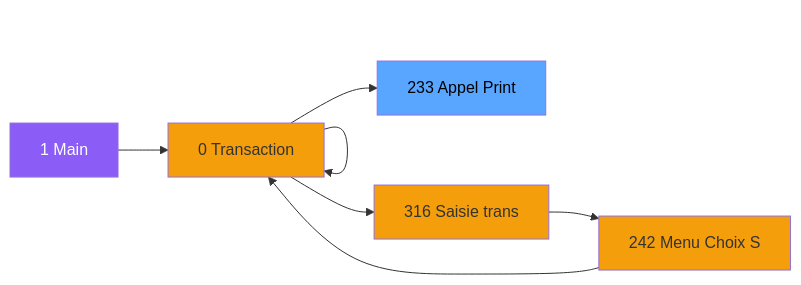
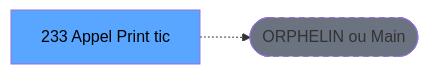
Before and after one commit to thonyAGP/lecteur-magic: the second of 3 diagrams in .openspec/specs/ADH-IDE-233.md, drawn with Mermaid. The commit also changed other lines of this file and 701 other files, not shown here.

````diff
--- a/.openspec/specs/ADH-IDE-233.md
+++ b/.openspec/specs/ADH-IDE-233.md
@@ -106,23 +117,8 @@
 ```mermaid
 graph LR
-    M[1 Main]
-    N0[0 Transaction ]
-    N0[0 Transaction ]
-    N316[316 Saisie trans]
-    N242[242 Menu Choix S]
-    N0[0 Transaction ]
-    T[233 Appel Print ]
-    M --> N0
-    N0 --> N0
-    N0 --> N316
-    N316 --> N242
-    N242 --> N0
-    N0 --> T
-    style M fill:#8b5cf6,color:#fff
-    style N0 fill:#f59e0b
-    style N0 fill:#f59e0b
-    style N316 fill:#f59e0b
-    style N242 fill:#f59e0b
-    style N0 fill:#f59e0b
+    T[233 Appel Print tic]
+    ORPHAN([ORPHELIN ou Main])
+    T -.-> ORPHAN
     style T fill:#58a6ff,color:#000
+    style ORPHAN fill:#6b7280,stroke-dasharray: 5 5
 ```
````
